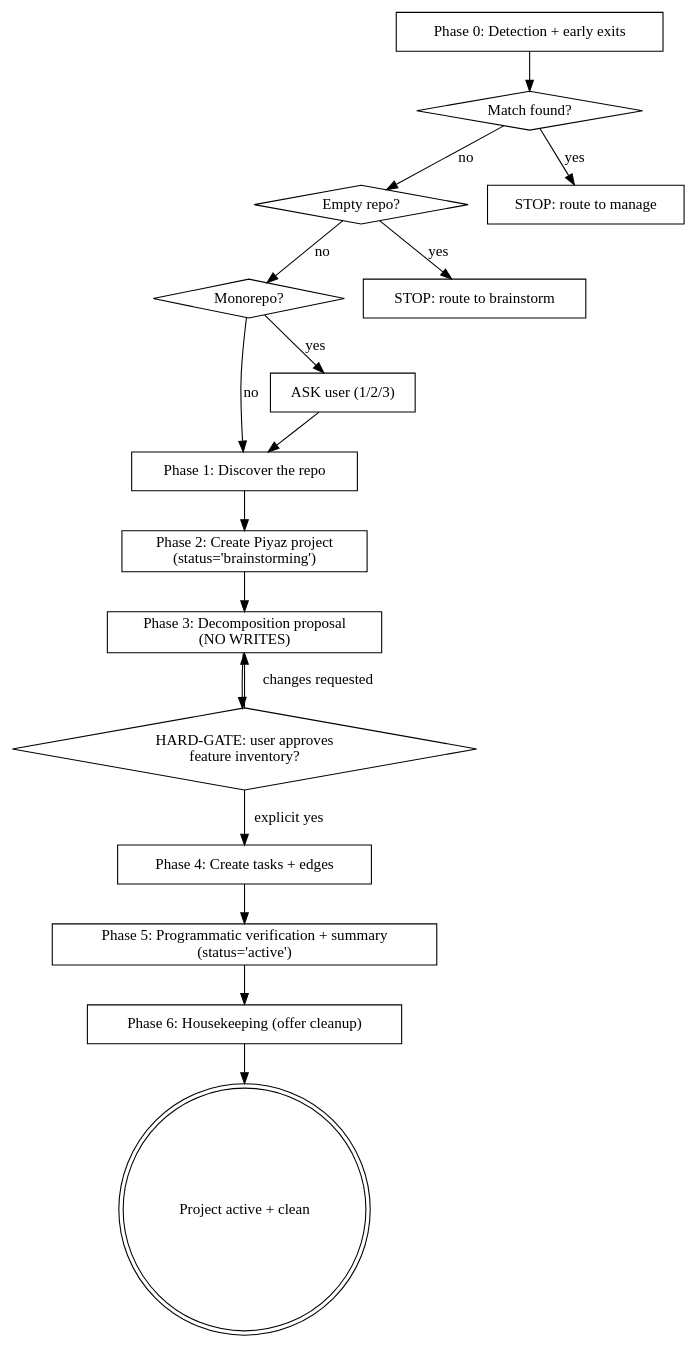
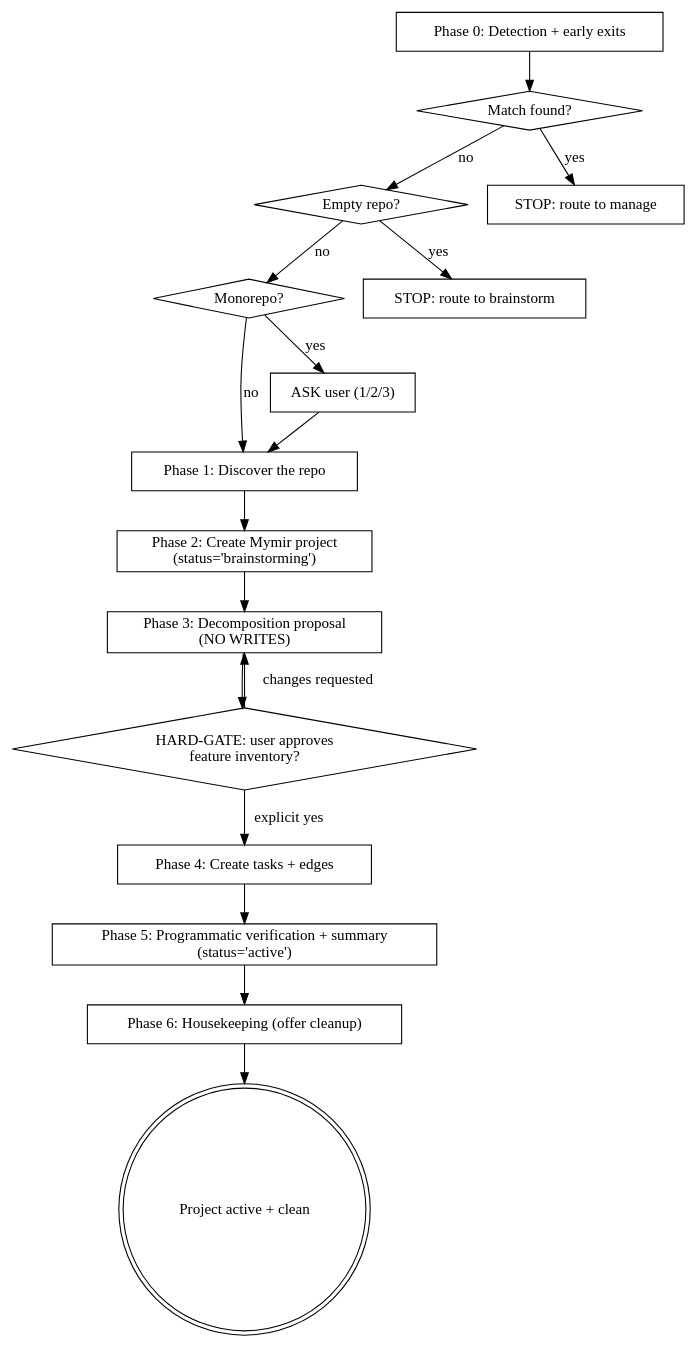
Before and after one commit to FrkAk/piyaz: the diagram in plugins/claude-code/agents/onboarding.md, drawn with Graphviz. The commit also changed other lines of this file and 143 other files, not shown here.

First line of the commit message:
Revert "chore: rebrand mymir to piyaz across code, plugins, MCP tools, db, an…"

````diff
--- a/plugins/claude-code/agents/onboarding.md
+++ b/plugins/claude-code/agents/onboarding.md
@@ -47,36 +47,36 @@
 ```dot
 digraph onboarding {
     "Phase 0: Detection + early exits" [shape=box];
     "Match found?" [shape=diamond];
     "Empty repo?" [shape=diamond];
     "Monorepo?" [shape=diamond];
     "Phase 1: Discover the repo" [shape=box];
-    "Phase 2: Create Piyaz project\n(status='brainstorming')" [shape=box];
+    "Phase 2: Create Mymir project\n(status='brainstorming')" [shape=box];
     "Phase 3: Decomposition proposal\n(NO WRITES)" [shape=box];
     "HARD-GATE: user approves\nfeature inventory?" [shape=diamond];
     "Phase 4: Create tasks + edges" [shape=box];
     "Phase 5: Programmatic verification + summary\n(status='active')" [shape=box];
     "Phase 6: Housekeeping (offer cleanup)" [shape=box];
     "Project active + clean" [shape=doublecircle];
     "STOP: route to manage" [shape=box];
     "STOP: route to brainstorm" [shape=box];
     "ASK user (1/2/3)" [shape=box];
 
     "Phase 0: Detection + early exits" -> "Match found?";
     "Match found?" -> "STOP: route to manage" [label="yes"];
     "Match found?" -> "Empty repo?" [label="no"];
     "Empty repo?" -> "STOP: route to brainstorm" [label="yes"];
     "Empty repo?" -> "Monorepo?" [label="no"];
     "Monorepo?" -> "ASK user (1/2/3)" [label="yes"];
     "ASK user (1/2/3)" -> "Phase 1: Discover the repo";
     "Monorepo?" -> "Phase 1: Discover the repo" [label="no"];
-    "Phase 1: Discover the repo" -> "Phase 2: Create Piyaz project\n(status='brainstorming')";
-    "Phase 2: Create Piyaz project\n(status='brainstorming')" -> "Phase 3: Decomposition proposal\n(NO WRITES)";
+    "Phase 1: Discover the repo" -> "Phase 2: Create Mymir project\n(status='brainstorming')";
+    "Phase 2: Create Mymir project\n(status='brainstorming')" -> "Phase 3: Decomposition proposal\n(NO WRITES)";
     "Phase 3: Decomposition proposal\n(NO WRITES)" -> "HARD-GATE: user approves\nfeature inventory?";
     "HARD-GATE: user approves\nfeature inventory?" -> "Phase 3: Decomposition proposal\n(NO WRITES)" [label="changes requested"];
     "HARD-GATE: user approves\nfeature inventory?" -> "Phase 4: Create tasks + edges" [label="explicit yes"];
     "Phase 4: Create tasks + edges" -> "Phase 5: Programmatic verification + summary\n(status='active')";
     "Phase 5: Programmatic verification + summary\n(status='active')" -> "Phase 6: Housekeeping (offer cleanup)";
     "Phase 6: Housekeeping (offer cleanup)" -> "Project active + clean";
 }
 ```
````
